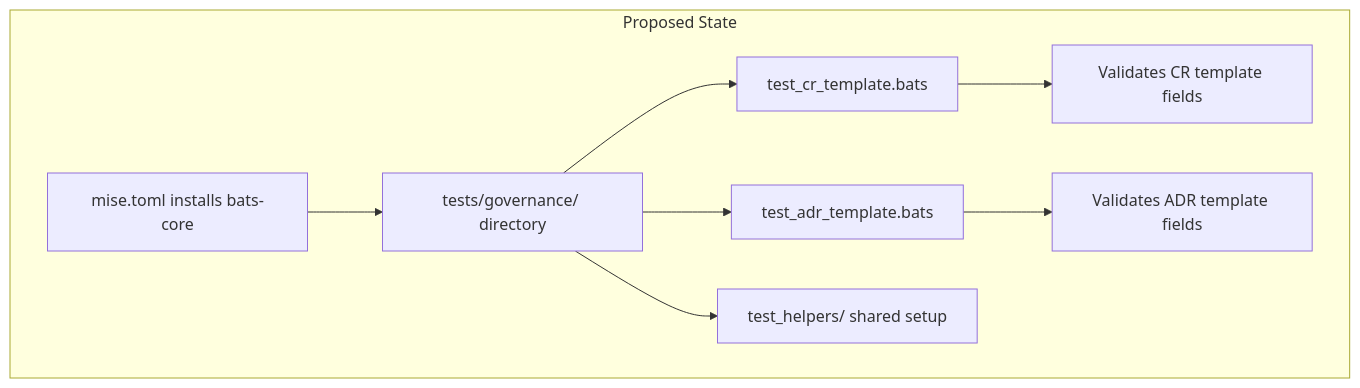
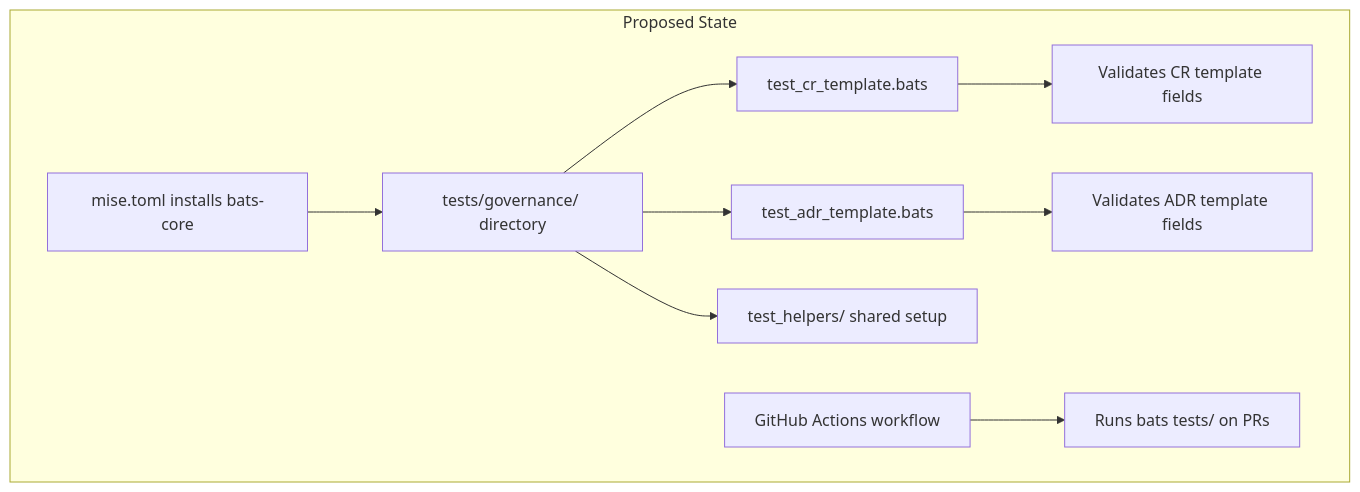
The second of 3 diagrams in docs/cr/CR-0013-bats-test-infrastructure.md (desek/governance), drawn with Mermaid before and after one commit. The commit also changed other lines of this file, not shown here.

Commit message:
checkpoint(CR-0013): update CR-0013 with GitHub Actions workflow specification

````diff
--- a/docs/cr/CR-0013-bats-test-infrastructure.md
+++ b/docs/cr/CR-0013-bats-test-infrastructure.md
@@ -80,11 +80,12 @@
 ```mermaid
 flowchart TD
     subgraph Proposed["Proposed State"]
         A[mise.toml installs bats-core] --> B[tests/governance/ directory]
         B --> C[test_cr_template.bats]
         B --> D[test_adr_template.bats]
         B --> E[test_helpers/ shared setup]
         C --> F[Validates CR template fields]
         D --> G[Validates ADR template fields]
+        H[GitHub Actions workflow] --> I[Runs bats tests/ on PRs]
     end
 ```
````
